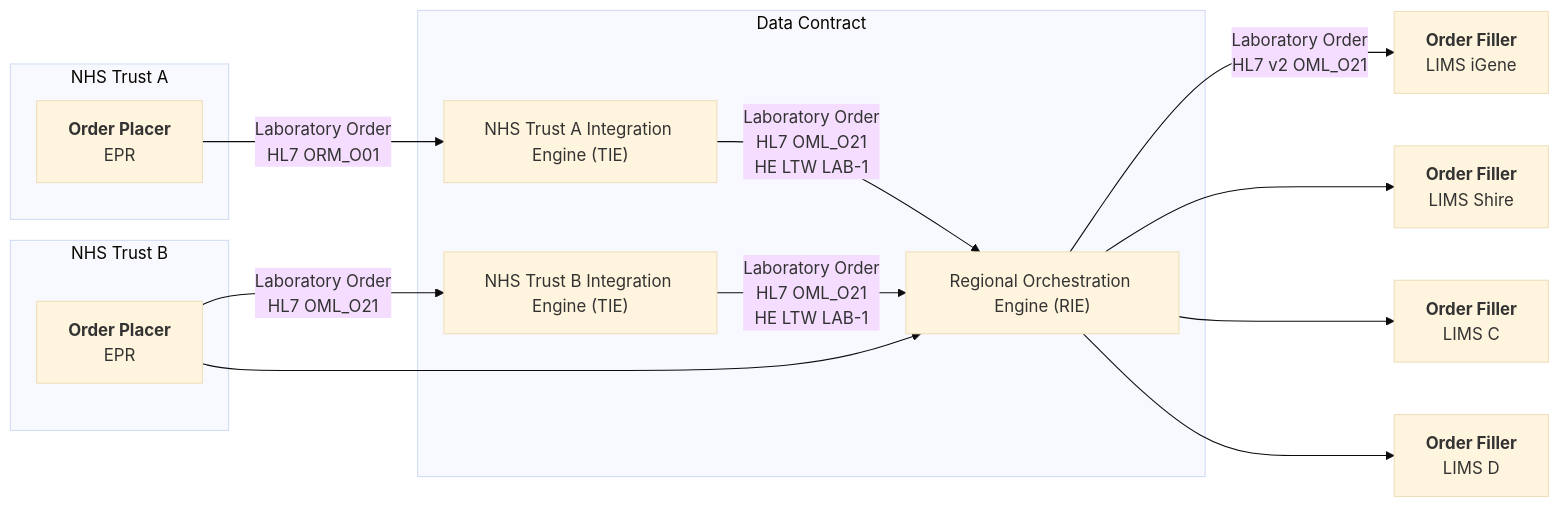
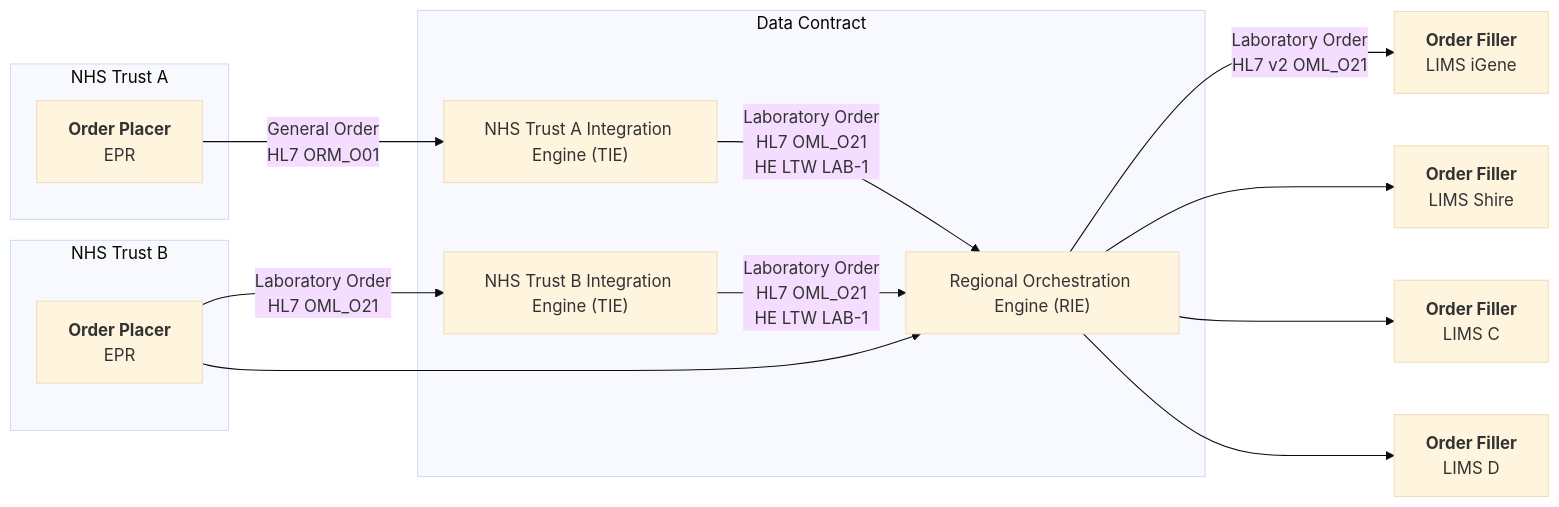
The sixth of 11 diagrams in input/pagecontent/design.md (uk-gov-mirror/nw-gmsa.nw-gmsa.github.com), drawn with Mermaid (base theme) before and after one commit. The commit also changed other lines of this file, not shown here.

````diff
--- a/input/pagecontent/design.md
+++ b/input/pagecontent/design.md
@@ -104,33 +104,33 @@
 ```mermaid
 graph LR
   
     subgraph NHSTrustA[NHS Trust A]
         NHSA[<b>Order Placer</b><br/>EPR]
       
     end    
 
     subgraph NHSTrustB[NHS Trust B]
         NHSB[<b>Order Placer</b><br/>EPR] 
         
     end
     subgraph DataContracts[Data Contract]
         TIEA["NHS Trust A Integration Engine (TIE)"]
         TIEB["NHS Trust B Integration Engine (TIE)"]
         RIE["Regional Orchestration Engine (RIE)"]
     end
-    NHSA --> |Laboratory Order<br/>HL7 ORM_O01| TIEA
+    NHSA --> |General Order<br/>HL7 ORM_O01| TIEA
     NHSB --> |Laboratory Order<br/>HL7 OML_O21| TIEB 
     TIEA --> |Laboratory Order<br/>HL7 OML_O21<br/>HE LTW LAB-1| RIE
     TIEB --> |Laboratory Order<br/>HL7 OML_O21<br/>HE LTW LAB-1| RIE
  
     NHSB --> RIE
     RIE --> |Laboratory Order<br/>HL7 v2 OML_O21| LIMSA
     RIE --> LIMSB
     RIE --> LIMSC
     RIE --> LIMSD
      
     LIMSA[<b>Order Filler</b><br>LIMS iGene]
     LIMSB[<b>Order Filler</b><br>LIMS Shire]
     LIMSC[<b>Order Filler</b><br>LIMS C]
     LIMSD[<b>Order Filler</b><br>LIMS D]
 ```
````
